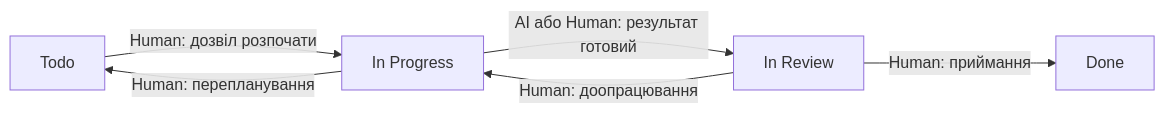
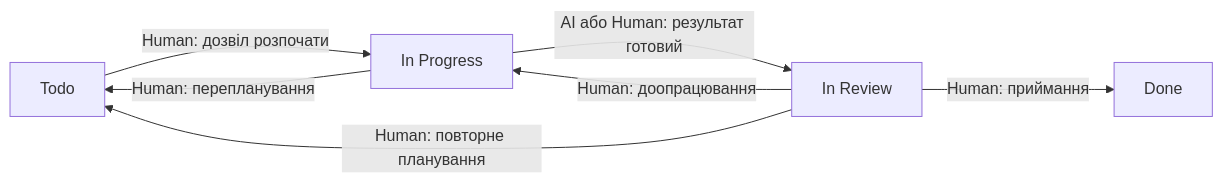
The diagram in docs/lab3/workflow.md (bebroidrur/beauty-salon-booking-system), drawn with Mermaid before and after one commit. The commit also changed other lines of this file, not shown here.

Commit message:
docs(lab3): add review-to-todo transition

````diff
--- a/docs/lab3/workflow.md
+++ b/docs/lab3/workflow.md
@@ -12,8 +12,9 @@
 ```mermaid
 flowchart LR
     A["Todo"] -->|"Human: дозвіл розпочати"| B["In Progress"]
     B -->|"AI або Human: результат готовий"| C["In Review"]
     C -->|"Human: приймання"| D["Done"]
     C -->|"Human: доопрацювання"| B
+    C -->|"Human: повторне планування"| A
     B -->|"Human: перепланування"| A
 ```
````
